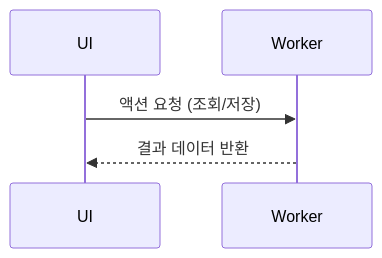
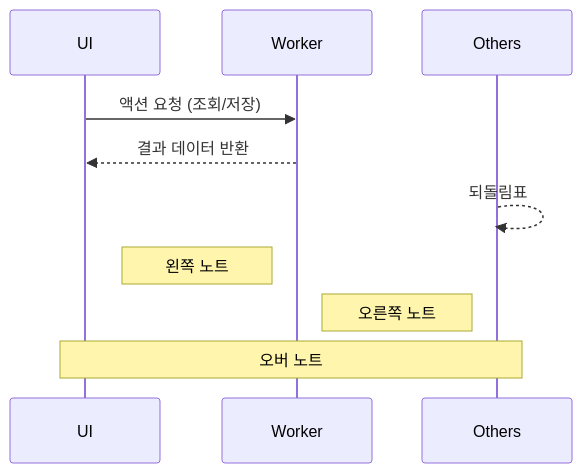
One commit to pollockslab/diagram-vite2 changed the third of 6 diagrams in readme/markdown_rules.md. Above: the diagram before and after it, drawn with Mermaid. The commit also changed other lines of this file and 45 other files, not shown here.

````diff
--- a/readme/markdown_rules.md
+++ b/readme/markdown_rules.md
@@ -110,7 +118,14 @@
 ```mermaid
 sequenceDiagram
     participant UI
     participant Worker
+    participant Others
+
     UI->>Worker: 액션 요청 (조회/저장)
     Worker-->>UI: 결과 데이터 반환
+    Others-->>Others: 되돌림표
+
+    Note left of Worker: 왼쪽 노트
+    Note right of Worker: 오른쪽 노트
+    Note over UI, Others: 오버 노트
 ```
````
